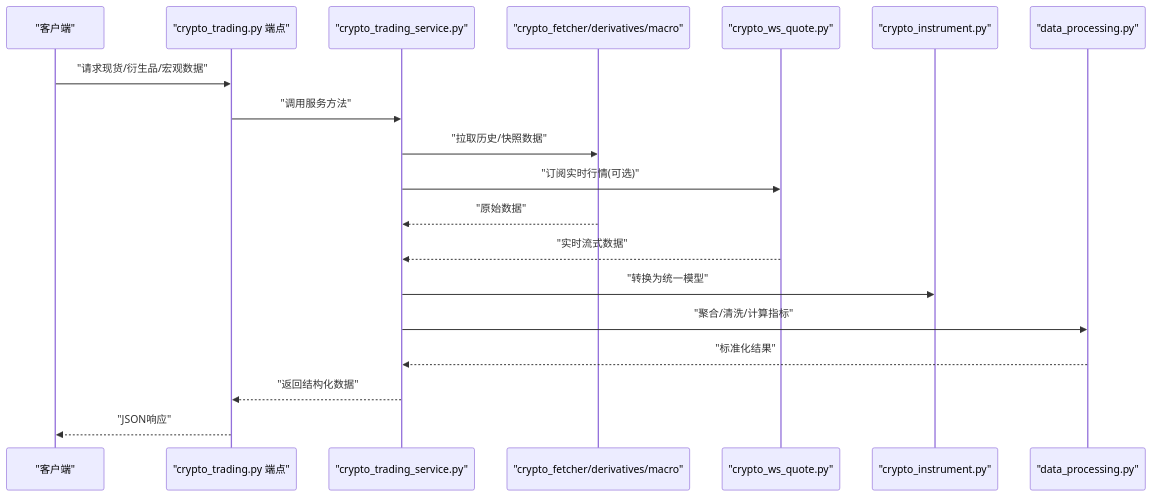
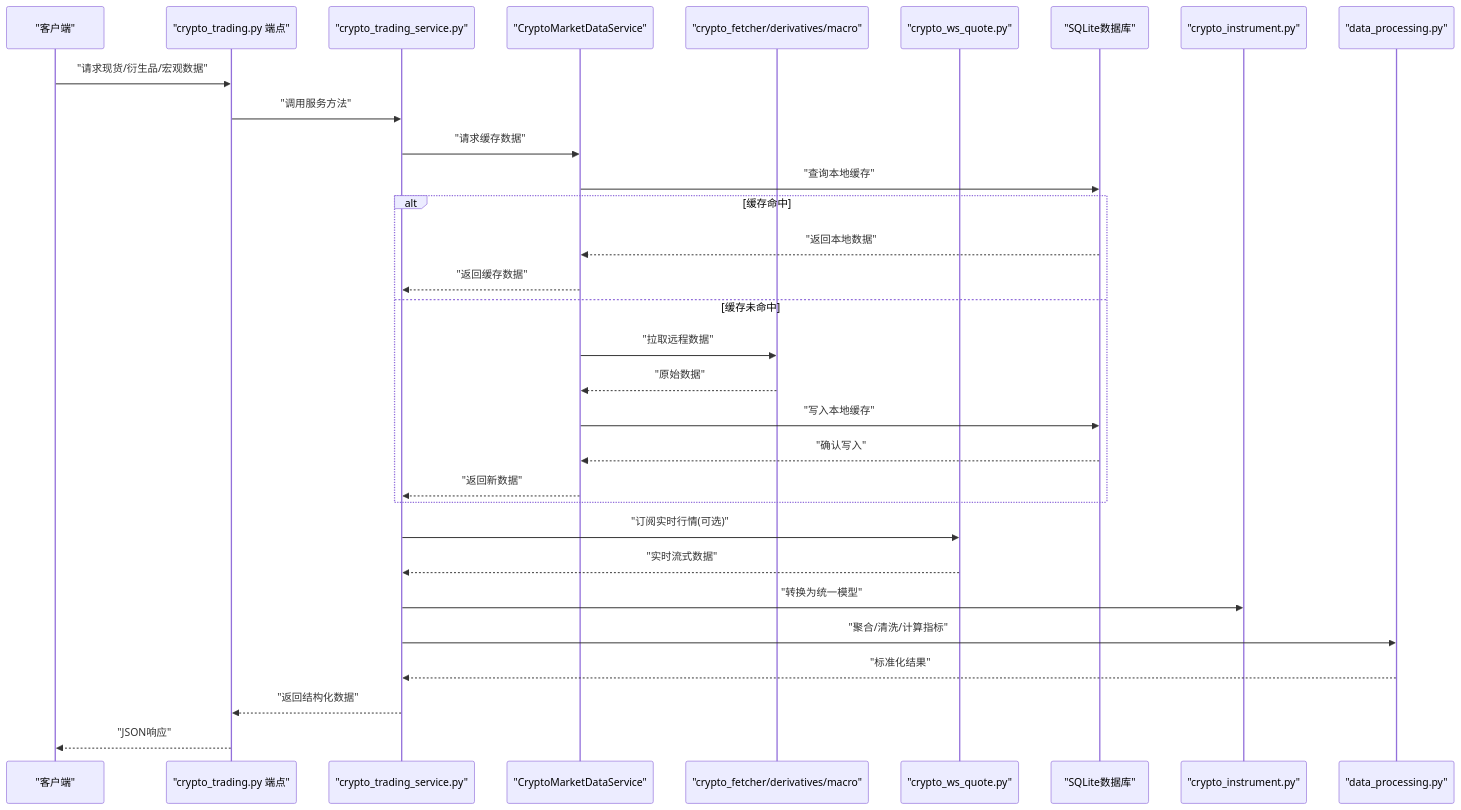
One commit to anYaoooo/daily_stock_analysis changed the second of 12 diagrams in .qoder/repowiki/zh/content/数据源集成/加密货币数据源.md. Above: the diagram before and after it, drawn with Mermaid. The commit also changed other lines of this file and 29 other files, not shown here.

````diff
--- a/.qoder/repowiki/zh/content/数据源集成/加密货币数据源.md
+++ b/.qoder/repowiki/zh/content/数据源集成/加密货币数据源.md
@@ -128,21 +158,33 @@
 ```mermaid
 sequenceDiagram
 participant Client as "客户端"
 participant API as "crypto_trading.py 端点"
 participant Service as "crypto_trading_service.py"
+participant Cache as "CryptoMarketDataService"
 participant Fetcher as "crypto_fetcher/derivatives/macro"
 participant WS as "crypto_ws_quote.py"
+participant DB as "SQLite数据库"
 participant Model as "crypto_instrument.py"
 participant Utils as "data_processing.py"
 Client->>API : "请求现货/衍生品/宏观数据"
 API->>Service : "调用服务方法"
-Service->>Fetcher : "拉取历史/快照数据"
+Service->>Cache : "请求缓存数据"
+Cache->>DB : "查询本地缓存"
+alt 缓存命中
+DB-->>Cache : "返回本地数据"
+Cache-->>Service : "返回缓存数据"
+else 缓存未命中
+Cache->>Fetcher : "拉取远程数据"
+Fetcher-->>Cache : "原始数据"
+Cache->>DB : "写入本地缓存"
+DB-->>Cache : "确认写入"
+Cache-->>Service : "返回新数据"
+end
 Service->>WS : "订阅实时行情(可选)"
-Fetcher-->>Service : "原始数据"
 WS-->>Service : "实时流式数据"
 Service->>Model : "转换为统一模型"
 Service->>Utils : "聚合/清洗/计算指标"
 Utils-->>Service : "标准化结果"
 Service-->>API : "返回结构化数据"
 API-->>Client : "JSON响应"
 ```
````
